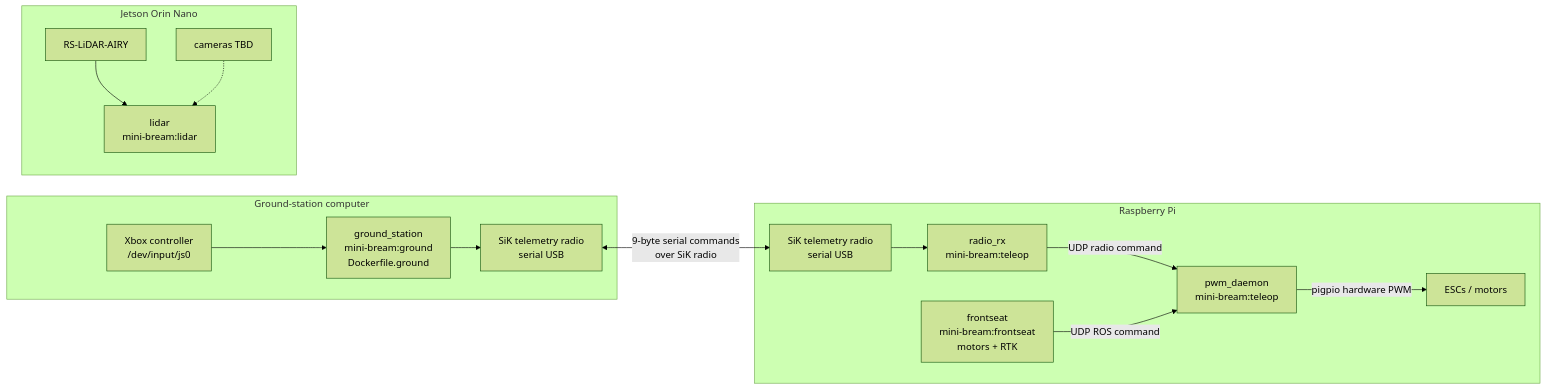
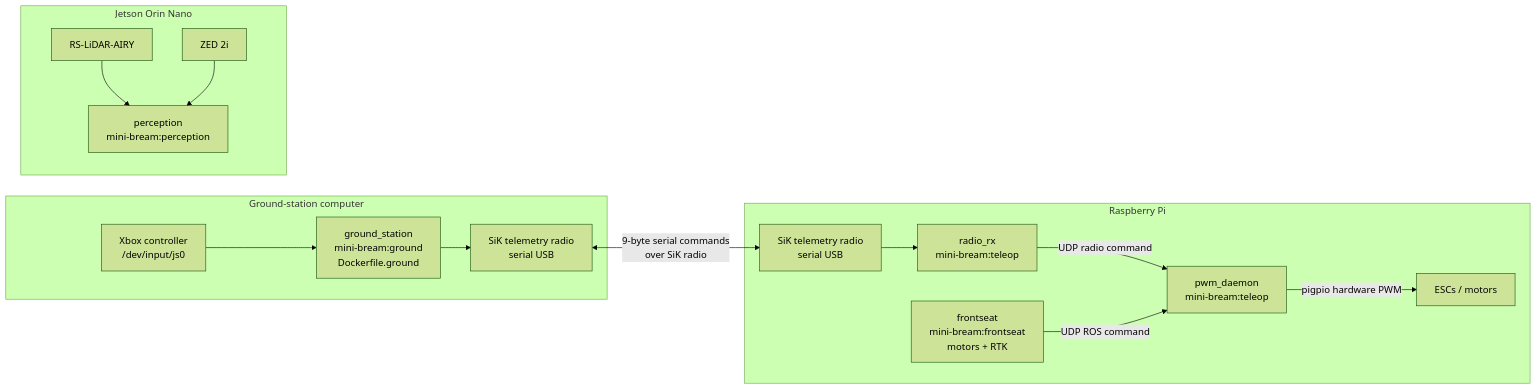
The diagram in src/docker/README.md (jhairssteven/mini-bream), drawn with Mermaid (forest theme) before and after one commit. The commit also changed other lines of this file and 13 other files, not shown here.

Commit message:
blue-bream: add zed 2i

````diff
--- a/src/docker/README.md
+++ b/src/docker/README.md
@@ -5,35 +5,35 @@
 ```mermaid
 flowchart LR
     subgraph GS["Ground-station computer"]
         Xbox["Xbox controller<br/>/dev/input/js0"]
         Ground["ground_station<br/>mini-bream:ground<br/>Dockerfile.ground"]
         GRadio["SiK telemetry radio<br/>serial USB"]
 
         Xbox --> Ground
         Ground --> GRadio
     end
 
     GRadio <-->|"9-byte serial commands<br/>over SiK radio"| RRadio
 
     subgraph Pi["Raspberry Pi"]
         RRadio["SiK telemetry radio<br/>serial USB"]
         RadioRx["radio_rx<br/>mini-bream:teleop"]
         Pwm["pwm_daemon<br/>mini-bream:teleop"]
         Frontseat["frontseat<br/>mini-bream:frontseat<br/>motors + RTK"]
         Motors["ESCs / motors"]
 
         RRadio --> RadioRx
         RadioRx -->|"UDP radio command"| Pwm
         Frontseat -->|"UDP ROS command"| Pwm
         Pwm -->|"pigpio hardware PWM"| Motors
     end
 
     subgraph Jetson["Jetson Orin Nano"]
-        LidarCtr["lidar<br/>mini-bream:lidar"]
+        Perception["perception<br/>mini-bream:perception"]
         Airy["RS-LiDAR-AIRY"]
-        Cameras["cameras TBD"]
+        Zed["ZED 2i"]
 
-        Airy --> LidarCtr
-        Cameras -.-> LidarCtr
+        Airy --> Perception
+        Zed --> Perception
     end
 ```
````
